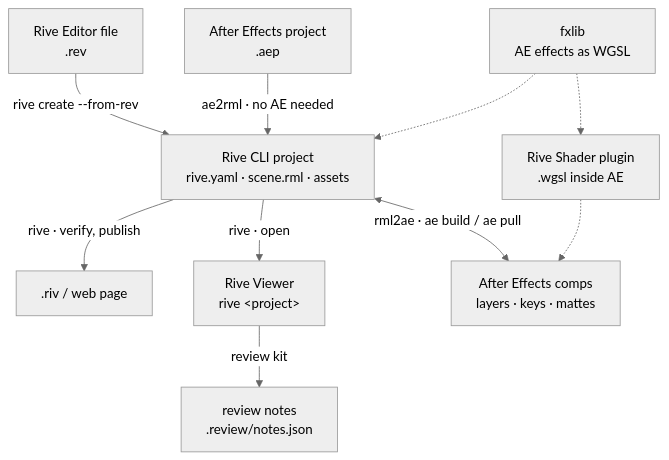
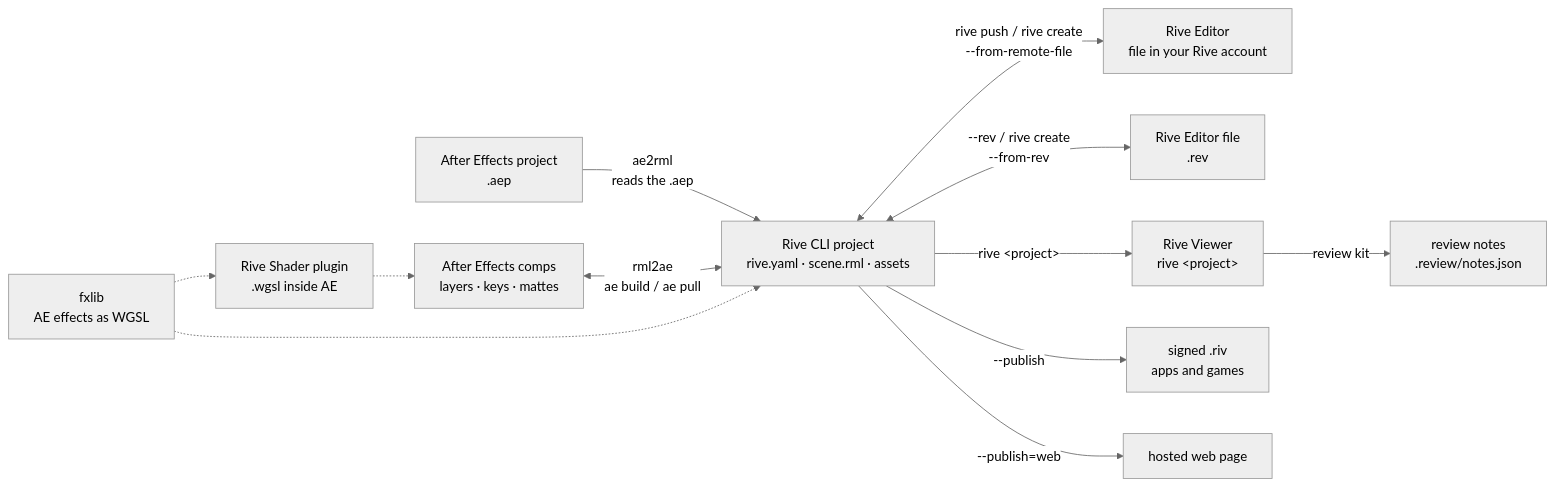
One commit to mysteropodes/ae-rml-rive-cli changed the diagram in README.md. Above: the diagram before and after it, drawn with Mermaid (neutral theme). The commit also changed other lines of this file and 7 other files, not shown here.

First line of the commit message:
fxlib roadmap + Simple Choker renders to make; README: every Rive CLI path, checked against rive --help (#5)

````diff
--- a/README.md
+++ b/README.md
@@ -19,22 +24,26 @@
 ```mermaid
-flowchart TB
-  REV["Rive Editor file<br/>.rev"]
+flowchart LR
   AEP["After Effects project<br/>.aep"]
+  COMPS["After Effects comps<br/>layers · keys · mattes"]
+  SH["Rive Shader plugin<br/>.wgsl inside AE"]
   FX["fxlib<br/>AE effects as WGSL"]
   RML["Rive CLI project<br/>rive.yaml · scene.rml · assets"]
-  RIV[".riv / web page"]
+  EDITOR["Rive Editor<br/>file in your Rive account"]
+  REV["Rive Editor file<br/>.rev"]
   VIEW["Rive Viewer<br/>rive &lt;project&gt;"]
   NOTES["review notes<br/>.review/notes.json"]
-  COMPS["After Effects comps<br/>layers · keys · mattes"]
-  SH["Rive Shader plugin<br/>.wgsl inside AE"]
+  RIV["signed .riv<br/>apps and games"]
+  WEB["hosted web page"]
 
-  REV -->|"rive create --from-rev"| RML
-  AEP -->|"ae2rml · no AE needed"| RML
+  AEP -->|"ae2rml<br/>reads the .aep"| RML
+  COMPS <-->|"rml2ae<br/>ae build / ae pull"| RML
   FX -.-> RML
-  RML -->|"rive · verify, publish"| RIV
-  RML -->|"rive · open"| VIEW
-  VIEW -->|"review kit"| NOTES
-  RML <-->|"rml2ae · ae build / ae pull"| COMPS
   FX -.-> SH
   SH -.-> COMPS
+  RML <-->|"rive push / rive create<br/>--from-remote-file"| EDITOR
+  RML <-->|"--rev / rive create<br/>--from-rev"| REV
+  RML -->|"rive &lt;project&gt;"| VIEW
+  VIEW -->|"review kit"| NOTES
+  RML -->|"--publish"| RIV
+  RML -->|"--publish=web"| WEB
 ```
````
